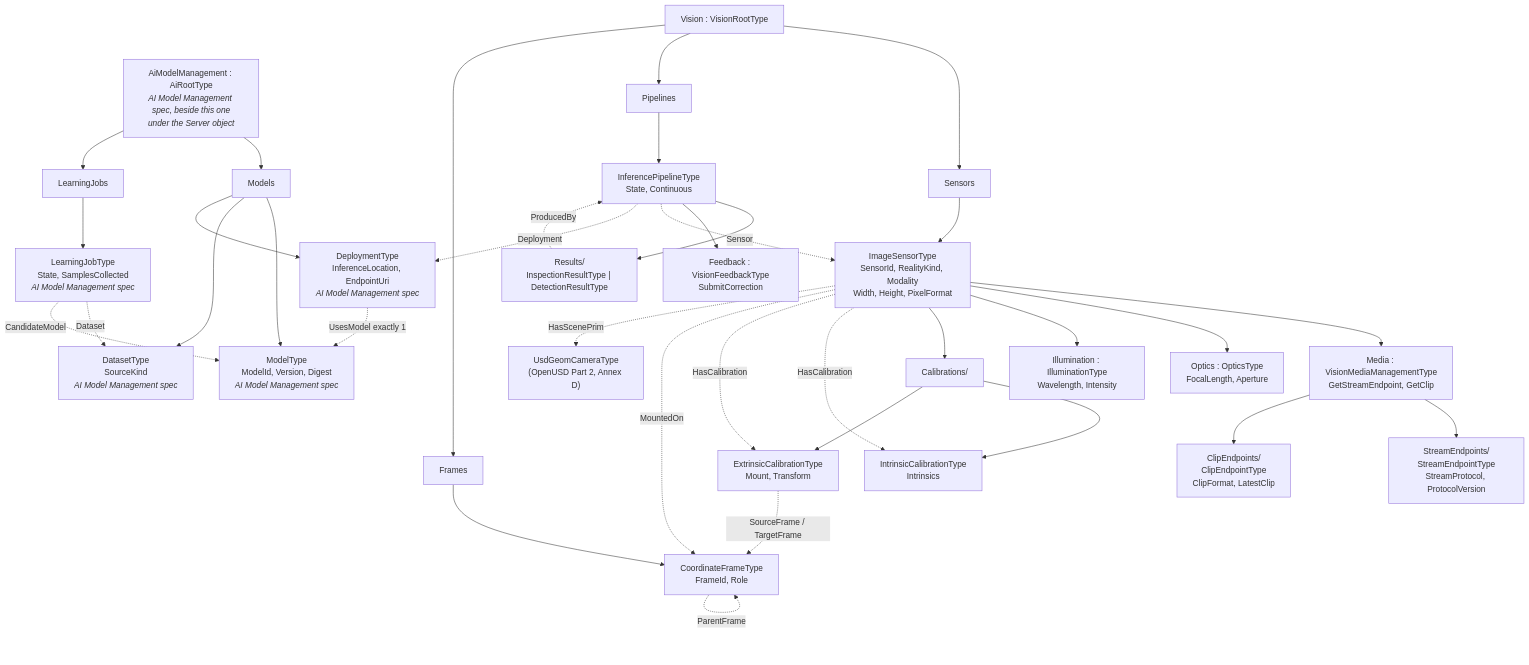
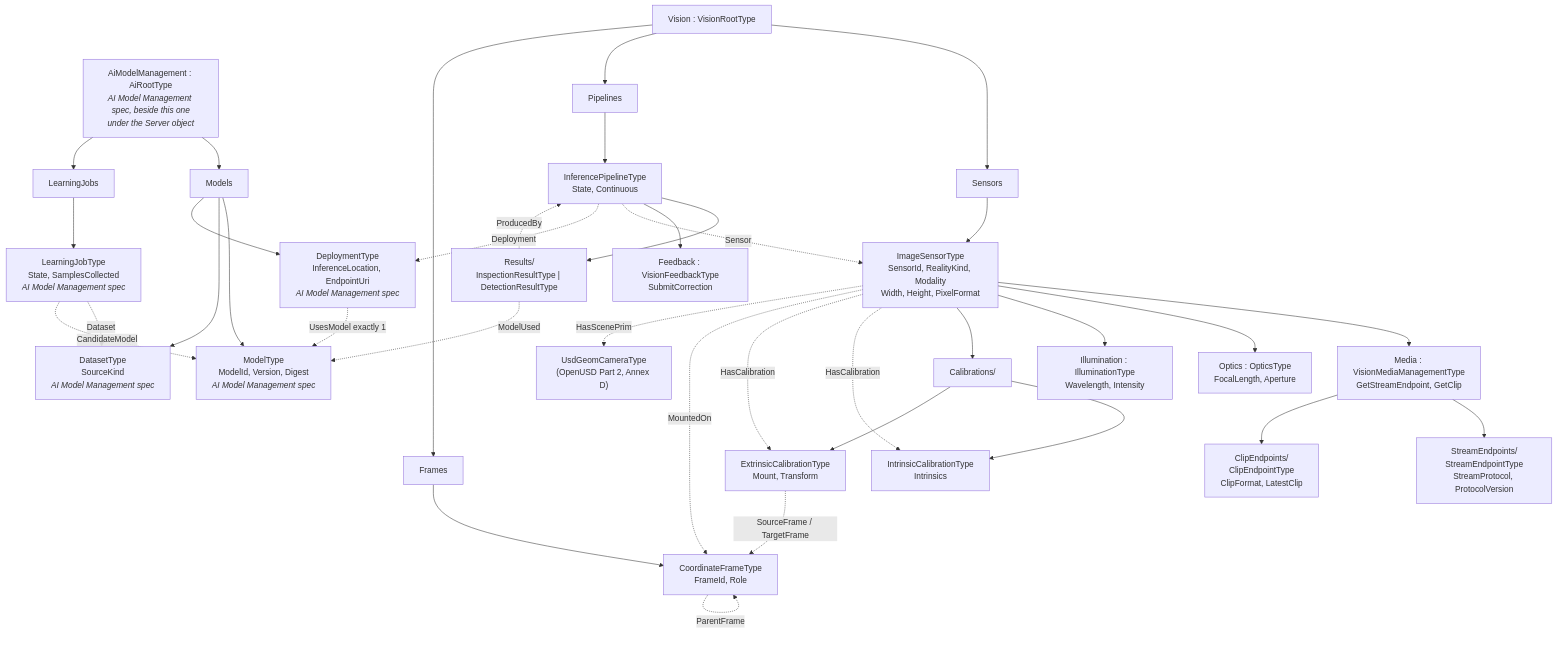
One commit to marcschier/opcua-drafts changed the fourth of 11 diagrams in metaverse-specs/vision/OPC-UA-Vision.md. Above: the diagram before and after it, drawn with Mermaid. The commit also changed other lines of this file and 33 other files, not shown here.

````diff
--- a/metaverse-specs/vision/OPC-UA-Vision.md
+++ b/metaverse-specs/vision/OPC-UA-Vision.md
@@ -263,46 +263,47 @@
 ```mermaid
 graph TD
     ROOT["Vision : VisionRootType"]
     AIROOT["AiModelManagement : AiRootType<br/><i>AI Model Management spec, beside this one<br/>under the Server object</i>"]
     AIROOT --> FM["Models"]
     AIROOT --> FJ["LearningJobs"]
     ROOT --> FS["Sensors"]
     ROOT --> FP["Pipelines"]
     ROOT --> FF["Frames"]
 
     FS --> SENSOR["ImageSensorType<br/>SensorId, RealityKind, Modality<br/>Width, Height, PixelFormat"]
     SENSOR --> MEDIA["Media : VisionMediaManagementType<br/>GetStreamEndpoint, GetClip"]
     MEDIA --> SEP["StreamEndpoints/<br/>StreamEndpointType<br/>StreamProtocol, ProtocolVersion"]
     MEDIA --> CEP["ClipEndpoints/<br/>ClipEndpointType<br/>ClipFormat, LatestClip"]
     SENSOR --> OPT["Optics : OpticsType<br/>FocalLength, Aperture"]
     SENSOR --> ILL["Illumination : IlluminationType<br/>Wavelength, Intensity"]
     SENSOR --> CALS["Calibrations/"]
     CALS --> ICAL["IntrinsicCalibrationType<br/>Intrinsics"]
     CALS --> ECAL["ExtrinsicCalibrationType<br/>Mount, Transform"]
 
     FF --> FRAME["CoordinateFrameType<br/>FrameId, Role"]
 
     FM --> MODEL["ModelType<br/>ModelId, Version, Digest<br/><i>AI Model Management spec</i>"]
     FM --> DSET["DatasetType<br/>SourceKind<br/><i>AI Model Management spec</i>"]
     FM --> DEPL["DeploymentType<br/>InferenceLocation, EndpointUri<br/><i>AI Model Management spec</i>"]
 
     FP --> PIPE["InferencePipelineType<br/>State, Continuous"]
     PIPE --> RES["Results/<br/>InspectionResultType | DetectionResultType"]
     PIPE --> FB["Feedback : VisionFeedbackType<br/>SubmitCorrection"]
 
     FJ --> JOB["LearningJobType<br/>State, SamplesCollected<br/><i>AI Model Management spec</i>"]
 
     SENSOR -.HasCalibration.-> ICAL
     SENSOR -.HasCalibration.-> ECAL
     SENSOR -.MountedOn.-> FRAME
     SENSOR -.HasScenePrim.-> PRIM["UsdGeomCameraType<br/>(OpenUSD Part 2, Annex D)"]
     DEPL -.UsesModel exactly 1.-> MODEL
     RES -.ProducedBy.-> PIPE
+    RES -.->|ModelUsed| MODEL
 
     PIPE -.->|Sensor| SENSOR
     PIPE -.->|Deployment| DEPL
     ECAL -.->|SourceFrame / TargetFrame| FRAME
     FRAME -.->|ParentFrame| FRAME
     JOB -.->|Dataset| DSET
     JOB -.->|CandidateModel| MODEL
 ```
````
